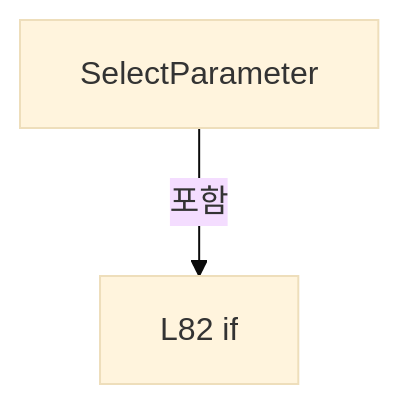
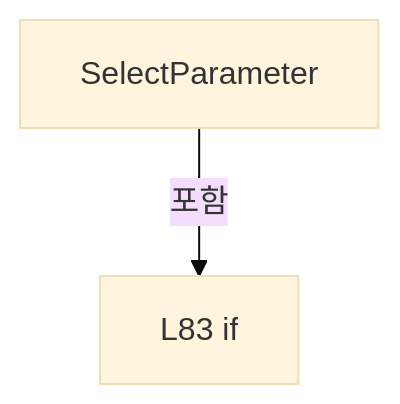
Before and after one commit to kjuws10-rgb/Shared: the fifth of 11 diagrams in A3 LD Code Ref/files/Drilling.Common/Managers/CSettingManager.cs.md, drawn with Mermaid (base theme). The commit also changed other lines of this file and 2071 other files, not shown here.

Commit message:
docs(a3): update 11.19.0 architecture and code reference

````diff
--- a/A3 LD Code Ref/files/Drilling.Common/Managers/CSettingManager.cs.md
+++ b/A3 LD Code Ref/files/Drilling.Common/Managers/CSettingManager.cs.md
@@ -799,6 +801,6 @@
 ```mermaid
 flowchart TD
  M["SelectParameter"]
- N0["L82 if"]
+ N0["L83 if"]
  M -->|포함| N0
 ```
````
